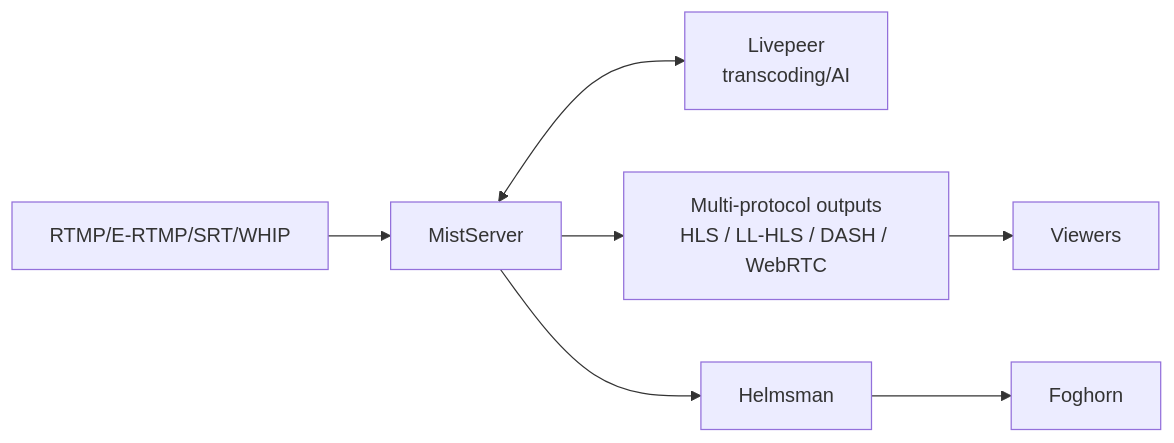
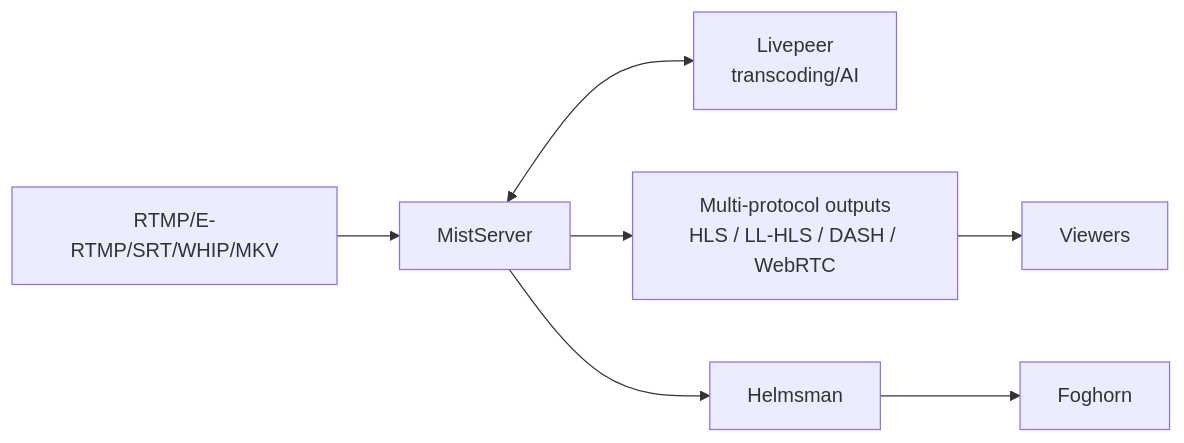
One commit to Livepeer-FrameWorks/monorepo changed the fourth of 6 diagrams in website_docs/src/content/docs/operators/architecture.mdx. Above: the diagram before and after it, drawn with Mermaid. The commit also changed 7 other files, not shown here.

````diff
--- a/website_docs/src/content/docs/operators/architecture.mdx
+++ b/website_docs/src/content/docs/operators/architecture.mdx
@@ -329,9 +329,9 @@
 ```mermaid
 graph LR
-    IN[RTMP/E-RTMP/SRT/WHIP] --> MS[MistServer]
+    IN[RTMP/E-RTMP/SRT/WHIP/MKV] --> MS[MistServer]
     MS <--> LP[Livepeer<br/>transcoding/AI]
     MS --> OUT[Multi-protocol outputs<br/>HLS / LL-HLS / DASH / WebRTC]
     OUT --> V[Viewers]
     MS --> H[Helmsman]
     H --> F[Foghorn]
 ```
````
